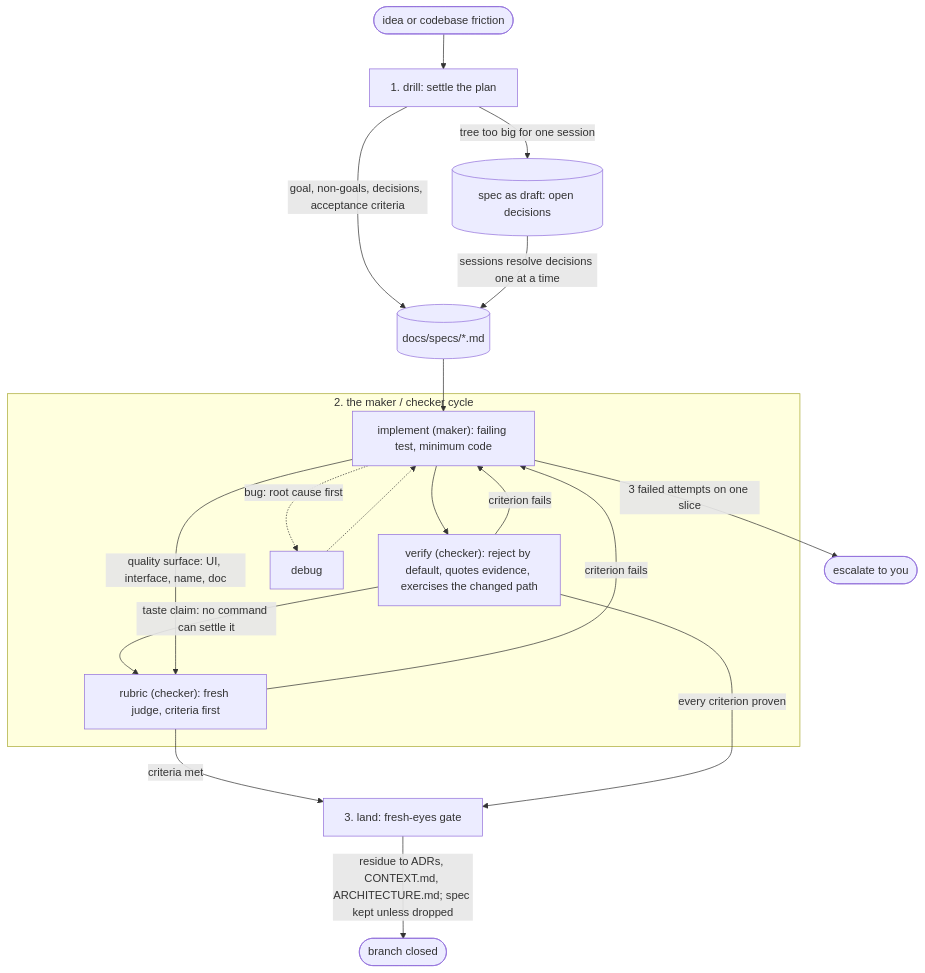
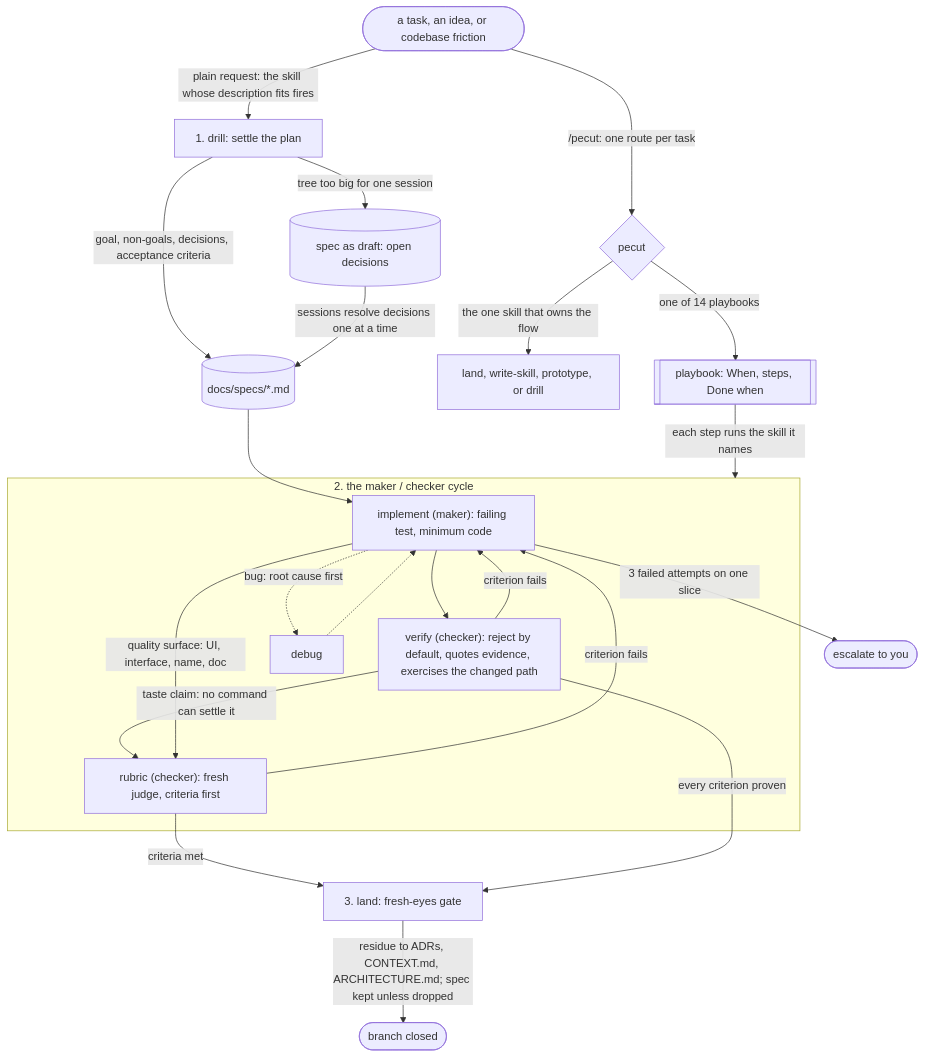
Before and after one commit to pwguler/skills: the diagram in README.md, drawn with Mermaid. The commit also changed other lines of this file, not shown here.

Commit message:
readme: draw /pecut as the second door into the loop, beside a skill firing on its own description
The diagram's entry now splits: a plain request reaches the skill whose description fits, and /pecut routes to one of 14 playbooks, whose steps run the loop's skills, or to the one skill that owns the flow. The loop section says pecut is user-only like deep.

````diff
--- a/README.md
+++ b/README.md
@@ -53,23 +53,30 @@
 ```mermaid
 flowchart TD
-    idea([idea or codebase friction]) --> drill["1. drill: settle the plan"]
+    task([a task, an idea, or codebase friction])
+    task -- "plain request: the skill whose description fits fires" --> drill
+    task -- "/pecut: one route per task" --> pecut{"pecut"}
+    pecut -- "one of 14 playbooks" --> playbook[["playbook: When, steps, Done when"]]
+    pecut -- "the one skill that owns the flow" --> owner["land, write-skill, prototype, or drill"]
+    playbook -- "each step runs the skill it names" --> cycle
+
+    drill["1. drill: settle the plan"]
     drill -- "goal, non-goals, decisions, acceptance criteria" --> spec[("docs/specs/*.md")]
     drill -- "tree too big for one session" --> draft[("spec as draft: open decisions")]
     draft -- "sessions resolve decisions one at a time" --> spec
     spec --> impl
 
     subgraph cycle["2. the maker / checker cycle"]
         impl["implement (maker): failing test, minimum code"] --> verify["verify (checker): reject by default, quotes evidence, exercises the changed path"]
         verify -- "criterion fails" --> impl
         impl -. "bug: root cause first" .-> debug
         debug -.-> impl
         rub["rubric (checker): fresh judge, criteria first"] -- "criterion fails" --> impl
     end
 
     verify -- "taste claim: no command can settle it" --> rub
     impl -- "quality surface: UI, interface, name, doc" --> rub
     rub -- "criteria met" --> land
     verify -- "every criterion proven" --> land["3. land: fresh-eyes gate"]
     impl -- "3 failed attempts on one slice" --> you(["escalate to you"])
     land -- "residue to ADRs, CONTEXT.md, ARCHITECTURE.md; spec kept unless dropped" --> done([branch closed])
 ```
````
